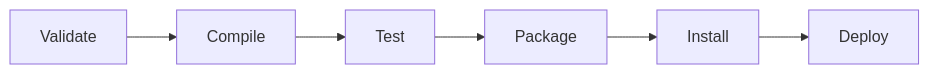
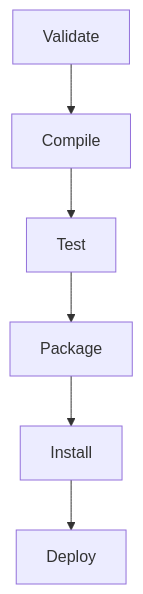
Before and after one commit to agustinbravop/utn-vault: the diagram in 3er Nivel/Desarrollo de Software/Desarrollo de Software.md, drawn with Mermaid. The commit also changed 41 other files, not shown here.

````diff
--- a/3er Nivel/Desarrollo de Software/Desarrollo de Software.md
+++ b/3er Nivel/Desarrollo de Software/Desarrollo de Software.md
@@ -41,4 +41,4 @@
 ```mermaid
-flowchart LR;
+flowchart TD;
 1[Validate] --> 2[Compile] --> 3[Test] --> 4[Package] --> 5[Install] --> 6[Deploy]
 ```
````
